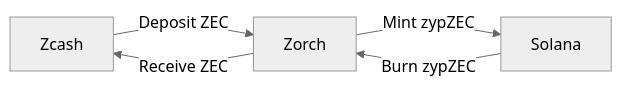
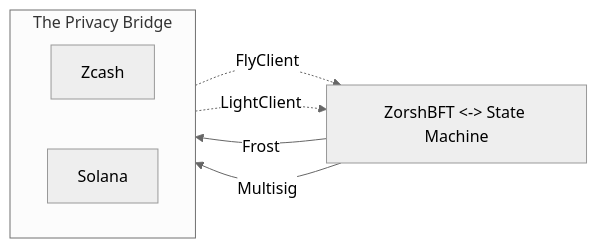
Before and after one commit to clearloop/zosh: the diagram in docs/src/intro.md, drawn with Mermaid (neutral theme). The commit also changed other lines of this file and 7 other files, not shown here.

````diff
--- a/docs/src/intro.md
+++ b/docs/src/intro.md
@@ -5,7 +28,17 @@
 ```mermaid
 flowchart LR
-    A[Zcash] --> |Deposit ZEC| C[Zorch]
-    C --> |Mint zypZEC| B[Solana]
-    B --> |Burn zypZEC| C
-    C --> |Receive ZEC| A
+    A[Zcash]
+    B[Solana]
+    C[ZorshBFT <-> State Machine]
+
+    A -.-> |FlyClient| C
+    B -.-> |LightClient| C
+    C --> |Frost| A
+    C --> |Multisig| B
+
+    subgraph The Privacy Bridge
+        direction LR
+        A
+        B
+    end
 ```
````
